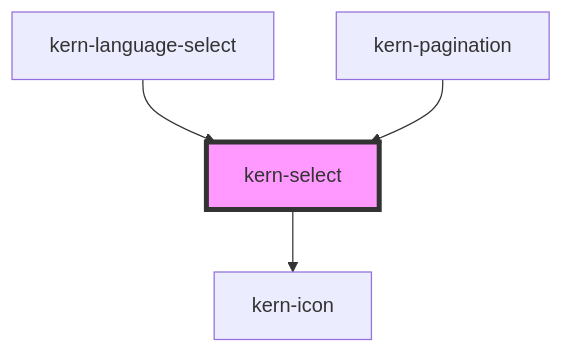
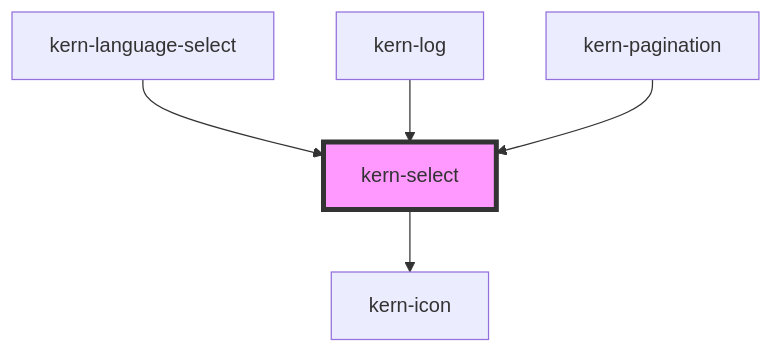
One commit to yfridelance/kern changed the diagram in src/components/kern-select/readme.md. Above: the diagram before and after it, drawn with Mermaid. The commit also changed other lines of this file and 22 other files, not shown here.

First line of the commit message:
kern-log: strukturierter Log-Viewer mit Live-Modus, Suche und Filtern

````diff
--- a/src/components/kern-select/readme.md
+++ b/src/components/kern-select/readme.md
@@ -219,7 +220,8 @@
 ```mermaid
 graph TD;
   kern-select --> kern-icon
   kern-language-select --> kern-select
+  kern-log --> kern-select
   kern-pagination --> kern-select
   style kern-select fill:#f9f,stroke:#333,stroke-width:4px
 ```
````
